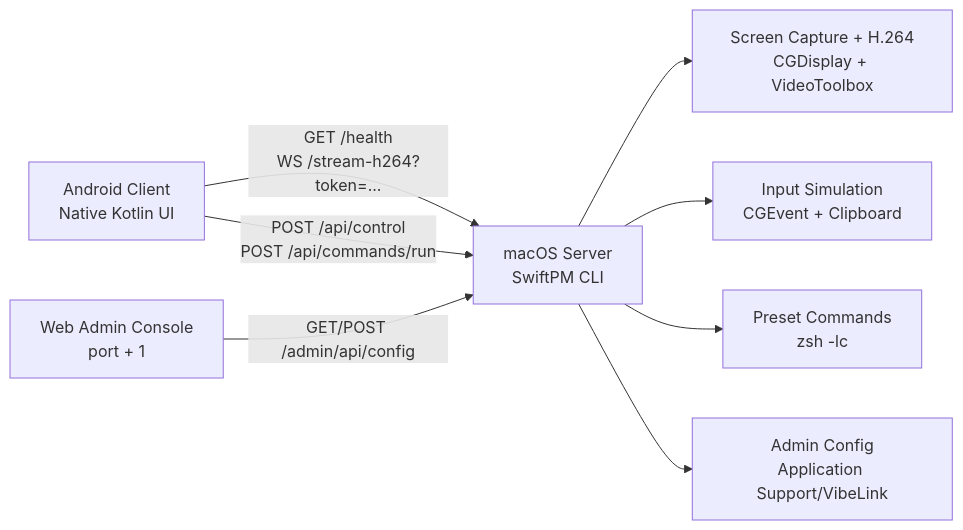
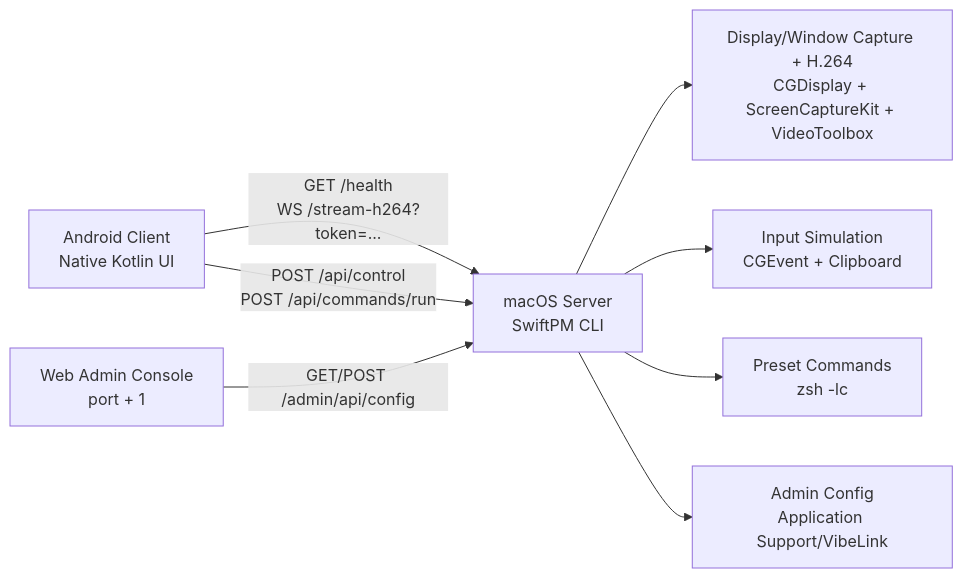
Before and after one commit to IceSeaOnly/vibe_link: the diagram in README.md, drawn with Mermaid. The commit also changed other lines of this file and 47 other files, not shown here.

````diff
--- a/README.md
+++ b/README.md
@@ -104,10 +117,10 @@
 ```mermaid
 flowchart LR
     Android["Android Client<br/>Native Kotlin UI"] -->|"GET /health<br/>WS /stream-h264?token=..."| Server["macOS Server<br/>SwiftPM CLI"]
     Android -->|"POST /api/control<br/>POST /api/commands/run"| Server
     Admin["Web Admin Console<br/>port + 1"] -->|"GET/POST /admin/api/config"| Server
-    Server --> Capture["Screen Capture + H.264<br/>CGDisplay + VideoToolbox"]
+    Server --> Capture["Display/Window Capture + H.264<br/>CGDisplay + ScreenCaptureKit + VideoToolbox"]
     Server --> Input["Input Simulation<br/>CGEvent + Clipboard"]
     Server --> Commands["Preset Commands<br/>zsh -lc"]
     Server --> Config["Admin Config<br/>Application Support/VibeLink"]
 ```
````
